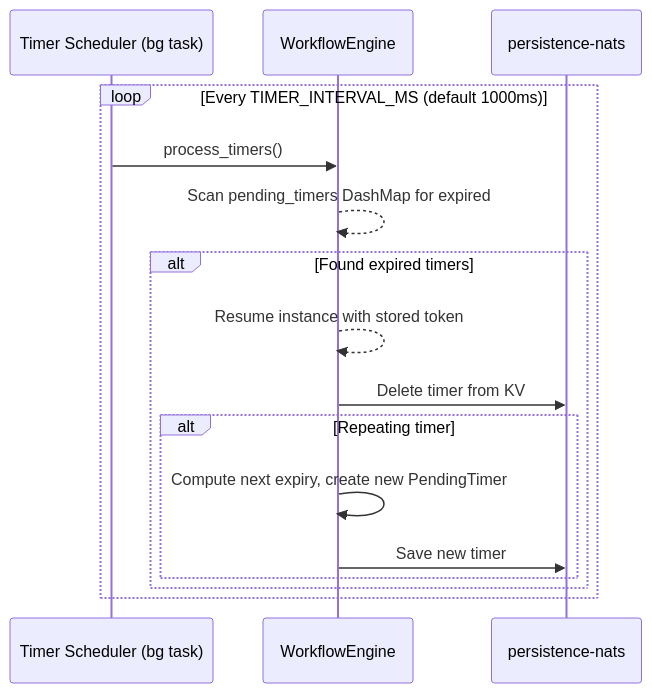
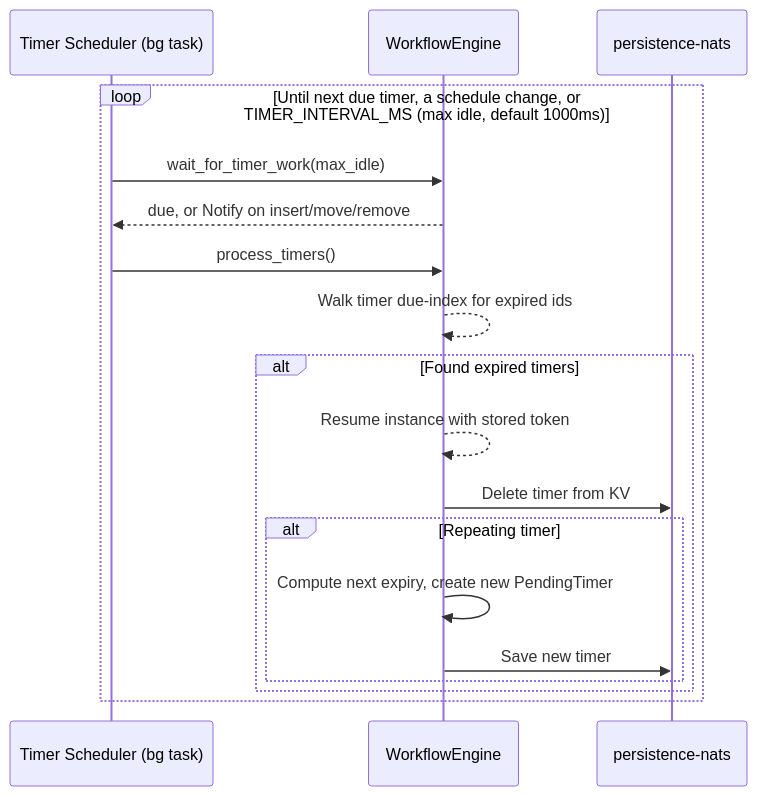
One commit to maatini/bpmninja changed the fourth of 7 diagrams in docs/knowledge-base/architecture/data-flows.md. Above: the diagram before and after it, drawn with Mermaid. The commit also changed 24 other files, not shown here.

First line of the commit message:
feat: Timer-Scheduler und fetchAndLock ereignisgesteuert machen (#399)

````diff
--- a/docs/knowledge-base/architecture/data-flows.md
+++ b/docs/knowledge-base/architecture/data-flows.md
@@ -100,19 +100,21 @@
 ```mermaid
 sequenceDiagram
     participant Scheduler as Timer Scheduler (bg task)
     participant Engine as WorkflowEngine
     participant NATS as persistence-nats
 
-    loop Every TIMER_INTERVAL_MS (default 1000ms)
+    loop Until next due timer, a schedule change, or TIMER_INTERVAL_MS (max idle, default 1000ms)
+        Scheduler->>Engine: wait_for_timer_work(max_idle)
+        Engine-->>Scheduler: due, or Notify on insert/move/remove
         Scheduler->>Engine: process_timers()
-        Engine-->>Engine: Scan pending_timers DashMap for expired
+        Engine-->>Engine: Walk timer due-index for expired ids
         alt Found expired timers
             Engine-->>Engine: Resume instance with stored token
             Engine->>NATS: Delete timer from KV
             alt Repeating timer
                 Engine->>Engine: Compute next expiry, create new PendingTimer
                 Engine->>NATS: Save new timer
             end
         end
     end
 ```
````
